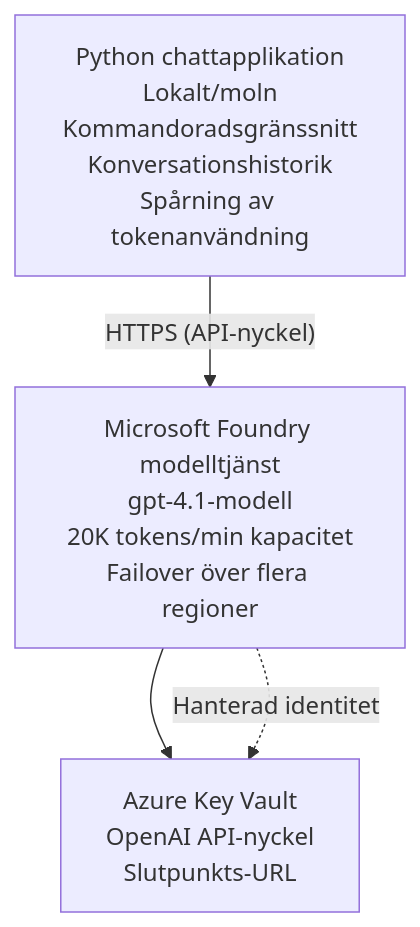
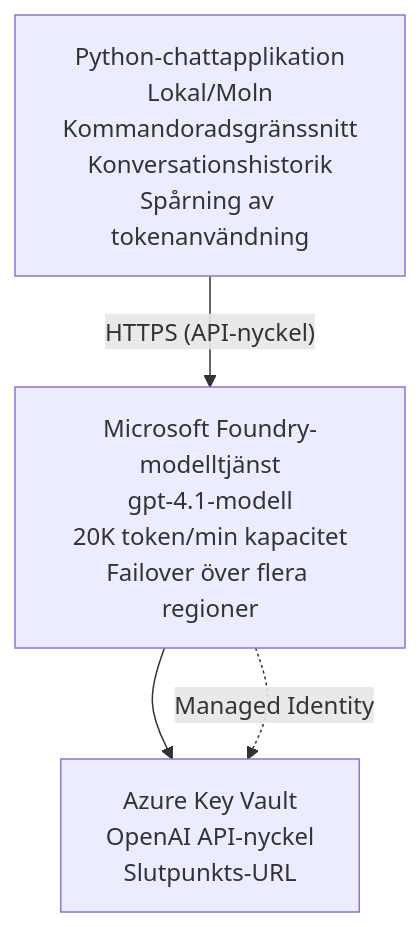
The diagram in translations/sv/examples/azure-openai-chat/README.md (microsoft/AZD-for-beginners), drawn with Mermaid before and after one commit. The commit also changed other lines of this file and 104 other files, not shown here.

````diff
--- a/translations/sv/examples/azure-openai-chat/README.md
+++ b/translations/sv/examples/azure-openai-chat/README.md
@@ -26,6 +26,6 @@
 ```mermaid
 graph TD
-    App[Python chattapplikation<br/>Lokalt/moln<br/>Kommandoradsgränssnitt<br/>Konversationshistorik<br/>Spårning av tokenanvändning] -- "HTTPS (API-nyckel)" --> Foundry[Microsoft Foundry modelltjänst<br/>gpt-4.1-modell<br/>20K tokens/min kapacitet<br/>Failover över flera regioner]
+    App[Python-chattapplikation<br/>Lokal/Moln<br/>Kommandoradsgränssnitt<br/>Konversationshistorik<br/>Spårning av tokenanvändning] -- "HTTPS (API-nyckel)" --> Foundry[Microsoft Foundry-modelltjänst<br/>gpt-4.1-modell<br/>20K token/min kapacitet<br/>Failover över flera regioner]
     Foundry --> KV[Azure Key Vault<br/>OpenAI API-nyckel<br/>Slutpunkts-URL]
-    Foundry -. Hanterad identitet .-> KV
+    Foundry -. Managed Identity .-> KV
 ```
````
